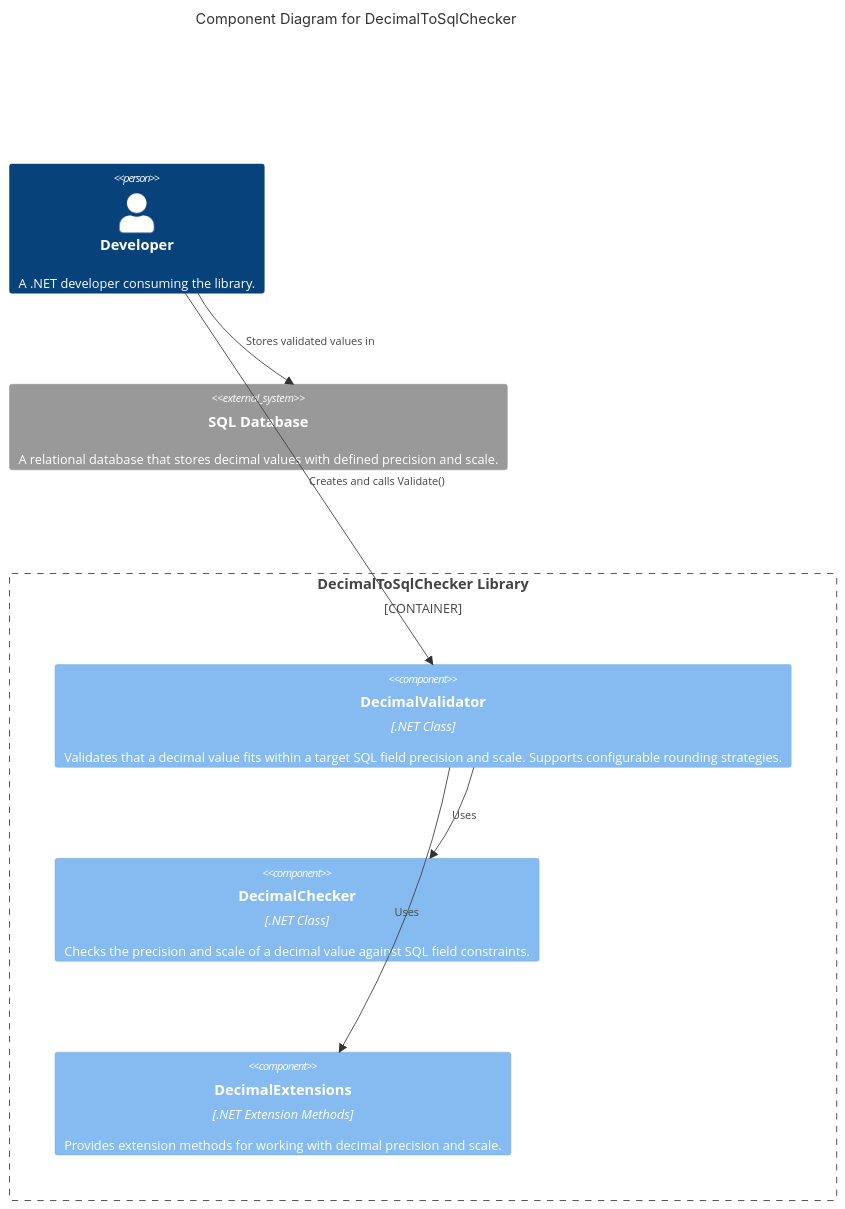
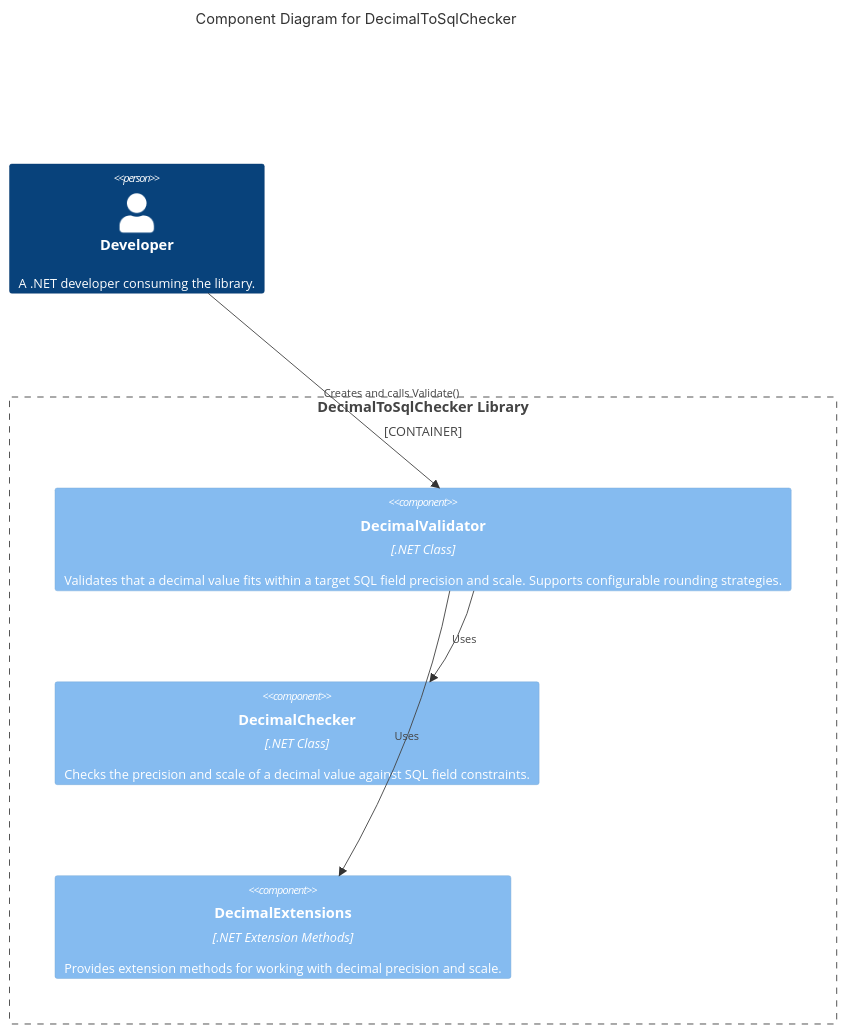
The second of 2 diagrams in README.md (grimley517/DecimalToSqlChecker), drawn with Mermaid before and after one commit. The commit also changed other lines of this file, not shown here.

Commit message:
Remove DB relationship arrows from C4 diagrams - DB interaction is not this library's concern
Agent-Logs-Url: https://github.com/grimley517/DecimalToSqlChecker/sessions/8ba58a9c-a1df-4269-91fe-193ff062225a

````diff
--- a/README.md
+++ b/README.md
@@ -61,19 +60,16 @@
 ```mermaid
 C4Component
     title Component Diagram for DecimalToSqlChecker
 
     Person(developer, "Developer", "A .NET developer consuming the library.")
 
     Container_Boundary(library, "DecimalToSqlChecker Library") {
         Component(decimalValidator, "DecimalValidator", ".NET Class", "Validates that a decimal value fits within a target SQL field precision and scale. Supports configurable rounding strategies.")
         Component(decimalChecker, "DecimalChecker", ".NET Class", "Checks the precision and scale of a decimal value against SQL field constraints.")
         Component(decimalExtensions, "DecimalExtensions", ".NET Extension Methods", "Provides extension methods for working with decimal precision and scale.")
     }
 
-    System_Ext(sqlDatabase, "SQL Database", "A relational database that stores decimal values with defined precision and scale.")
-
     Rel(developer, decimalValidator, "Creates and calls Validate()")
     Rel(decimalValidator, decimalChecker, "Uses")
     Rel(decimalValidator, decimalExtensions, "Uses")
-    Rel(developer, sqlDatabase, "Stores validated values in")
 ```
````
